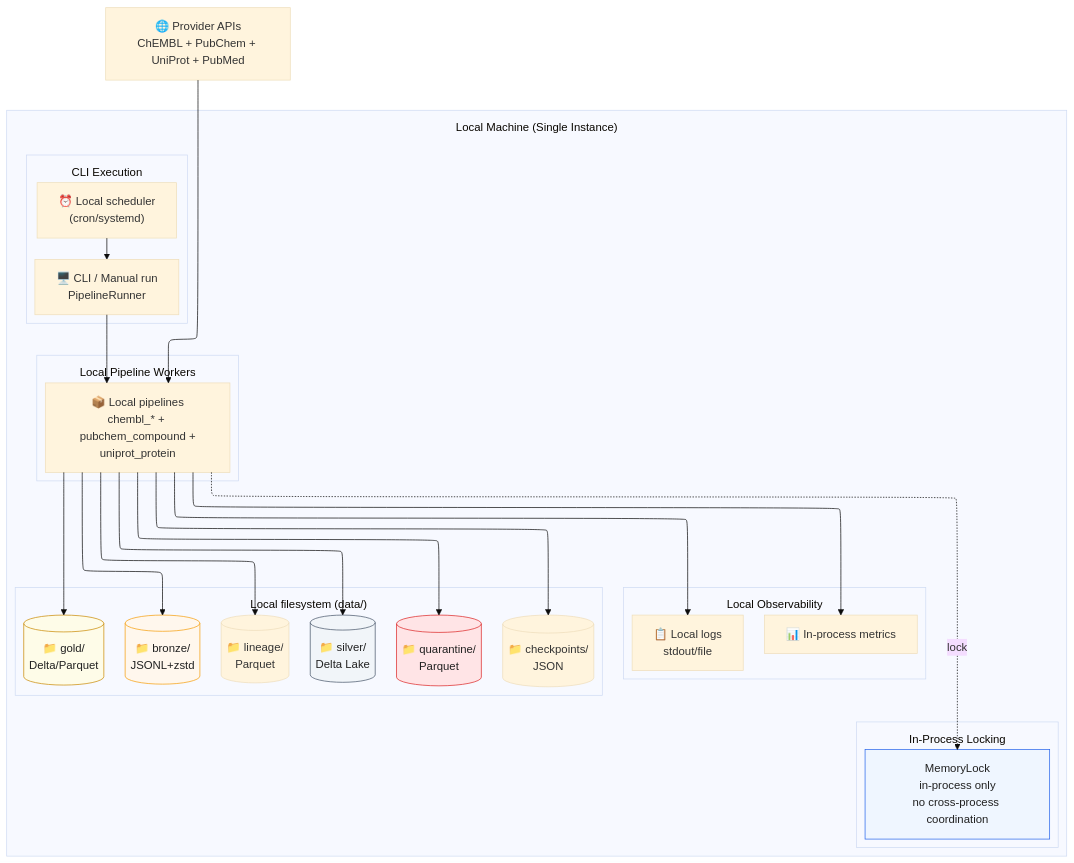
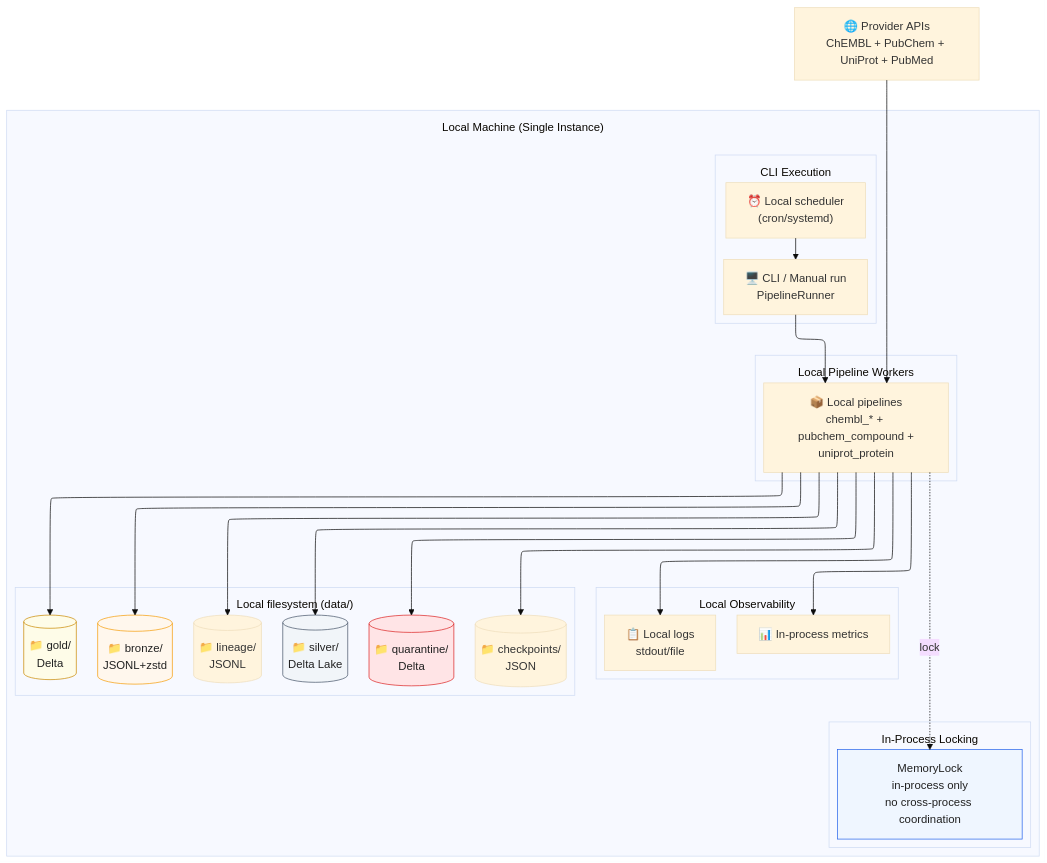
One commit to SatoryKono/BioactivityDataAcquisition changed the diagram in docs/02-architecture/diagrams/foundation/12-local-deployment-architecture.mmd. Above: the diagram before and after it, drawn with Mermaid (base theme). The commit also changed 6 other files, not shown here.

First line of the commit message:
fix(docs,diagrams): P1 close 9715,9719,9716,9721

```diff
--- a/docs/02-architecture/diagrams/foundation/12-local-deployment-architecture.mmd
+++ b/docs/02-architecture/diagrams/foundation/12-local-deployment-architecture.mmd
@@ -1,73 +1,73 @@
 %% Reviewed: 2026-08-14 against current lock/ports/composition/local-only/publication-merge paths (#8762)
 %% Title: Local Deployment Architecture
 %% Covers: local-only runtime, in-process locking, local filesystem outputs
 %% Updated: 2026-08-14
 %% Components: CLI, MemoryLock, local filesystem, observability
 
 %% @version 1.1.0
 %% @date    2026-03-16
 %% @type    flowchart
 %% @level   Mixed (System / Component / Class)
 %% @nodes   13
 %%{init: {'layout': 'elk', 'flowchart': {'subGraphTitleMargin': {'top': 12, 'bottom': 12}}, 'elk': {'mergeEdges': true, 'nodePlacementStrategy': 'BRANDES_KOEPF', 'edgeRouting': 'ORTHOGONAL'}}}%%
 %% @uniform width=200 height=72 max_title_len=20 max_desc_lines=2
 flowchart TB
     ProviderAPIs["🌐 Provider APIs<br/>ChEMBL + PubChem + UniProt + PubMed"]:::size-md
 
     subgraph Local["Local Machine (Single Instance)"]
         subgraph Orchestration["CLI Execution"]
             CLI["🖥️ CLI / Manual run<br/>PipelineRunner"]
             Schedule["⏰ Local scheduler<br/>(cron/systemd)"]
         end
 
         subgraph Runtime["Local Pipeline Workers"]
             Workers["📦 Local pipelines<br/>chembl_* + pubchem_compound +<br/>uniprot_protein"]:::size-md
         end
 
         subgraph Locking["In-Process Locking"]
             MemoryLock["MemoryLock<br/>in-process only<br/>no cross-process coordination"]
         end
 
         subgraph Data["Local filesystem (data/)"]
             Bronze[("📁 bronze/<br/>JSONL+zstd")]
             Silver[("📁 silver/<br/>Delta Lake")]
-            Gold[("📁 gold/<br/>Delta/Parquet")]
-            Quarantine[("📁 quarantine/<br/>Parquet")]
+            Gold[("📁 gold/<br/>Delta")]
+            Quarantine[("📁 quarantine/<br/>Delta")]
             Checkpoints[("📁 checkpoints/<br/>JSON")]
-            Lineage[("📁 lineage/<br/>Parquet")]
+            Lineage[("📁 lineage/<br/>JSONL")]
         end
 
         subgraph Observability["Local Observability"]
             Logs["📋 Local logs<br/>stdout/file"]
             Metrics["📊 In-process metrics<br/>"]
         end
     end
 
     %% External API connections
     ProviderAPIs --> Workers
 
     %% Orchestration to runtime
     CLI --> Workers
     Schedule --> CLI
 
     %% Runtime to MemoryLock
     Workers -.->|lock| MemoryLock
 
     %% Runtime to local filesystem
     Workers --> Bronze
     Workers --> Silver
     Workers --> Gold
     Workers --> Quarantine
     Workers --> Checkpoints
     Workers --> Lineage
 
     %% Runtime to local observability
     Workers --> Logs
     Workers --> Metrics
 
     %% Styling
     style Bronze fill:#fff7ed,stroke:#f59e0b,color:#212121
     style Silver fill:#f1f5f9,stroke:#475569,color:#212121
     style Gold fill:#fefce8,stroke:#ca8a04,color:#212121
     style Quarantine fill:#ffe4e6,stroke:#dc2626,color:#212121
     style MemoryLock fill:#eff6ff,stroke:#2563eb,color:#212121
```
